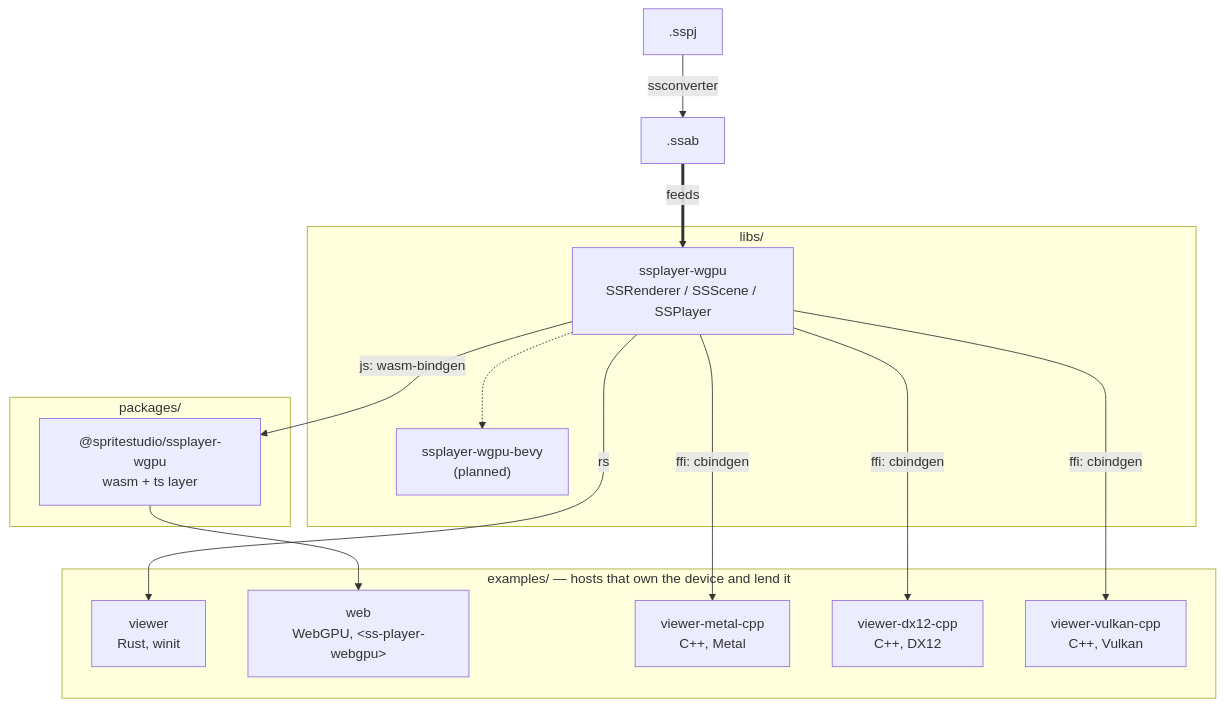
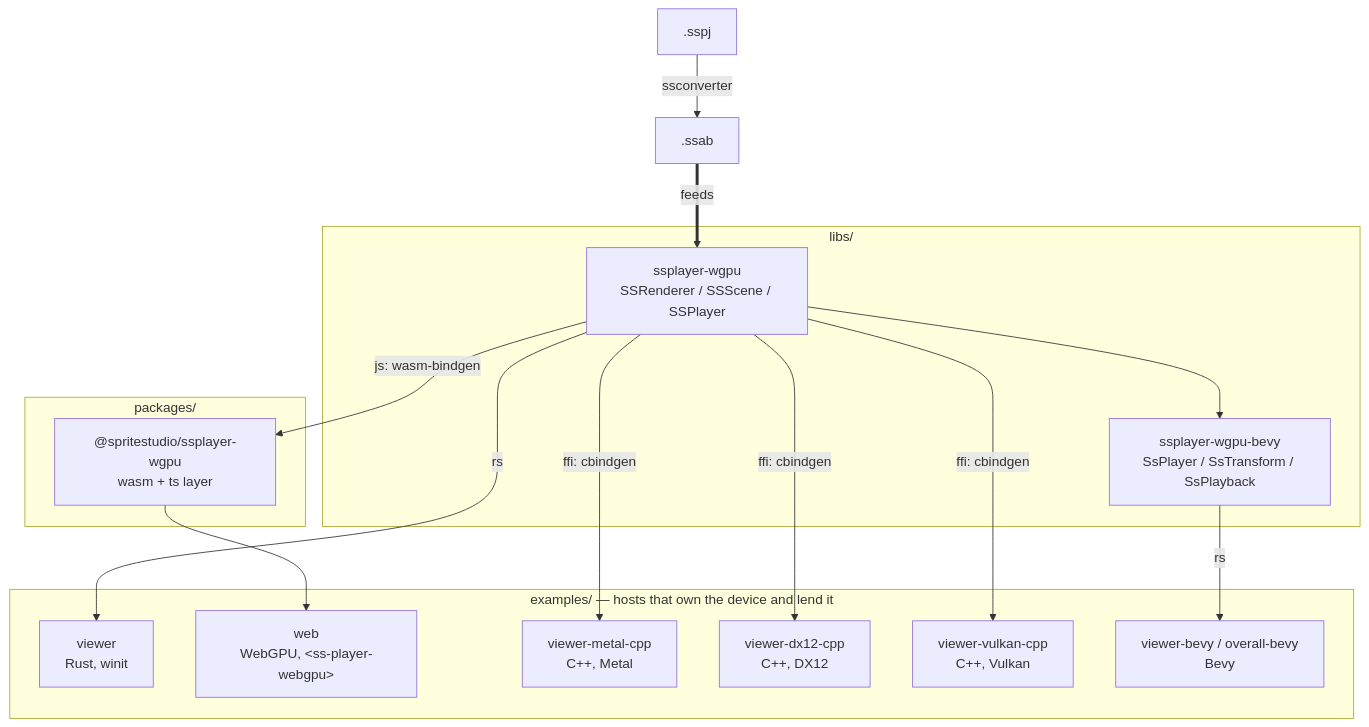
The diagram in README.md (cri-middleware/SSPlayerForWgpu), drawn with Mermaid before and after one commit. The commit also changed other lines of this file and 1 other file, not shown here.

First line of the commit message:
docs: the Bevy adapter has shipped

````diff
--- a/README.md
+++ b/README.md
@@ -185,30 +200,32 @@
 ```mermaid
 flowchart TD
     sspj[".sspj"] -->|ssconverter| ssab[".ssab"]
     ssab ==>|feeds| crate
 
     subgraph lib ["libs/"]
         crate["ssplayer-wgpu<br/>SSRenderer / SSScene / SSPlayer"]
-        bevy["ssplayer-wgpu-bevy<br/>(planned)"]
-        crate -.-> bevy
+        bevy["ssplayer-wgpu-bevy<br/>SsPlayer / SsTransform / SsPlayback"]
+        crate --> bevy
     end
 
     subgraph npm ["packages/"]
         pkg["@spritestudio/ssplayer-wgpu<br/>wasm + ts layer"]
     end
 
     subgraph hosts ["examples/ — hosts that own the device and lend it"]
         viewer["viewer<br/>Rust, winit"]
         web["web<br/>WebGPU, &lt;ss-player-webgpu&gt;"]
         metal["viewer-metal-cpp<br/>C++, Metal"]
         dx12["viewer-dx12-cpp<br/>C++, DX12"]
         vulkan["viewer-vulkan-cpp<br/>C++, Vulkan"]
+        bevyhosts["viewer-bevy / overall-bevy<br/>Bevy"]
     end
 
     crate -->|rs| viewer
     crate -->|js: wasm-bindgen| pkg
     pkg --> web
     crate -->|ffi: cbindgen| metal
     crate -->|ffi: cbindgen| dx12
     crate -->|ffi: cbindgen| vulkan
+    bevy -->|rs| bevyhosts
 ```
````
